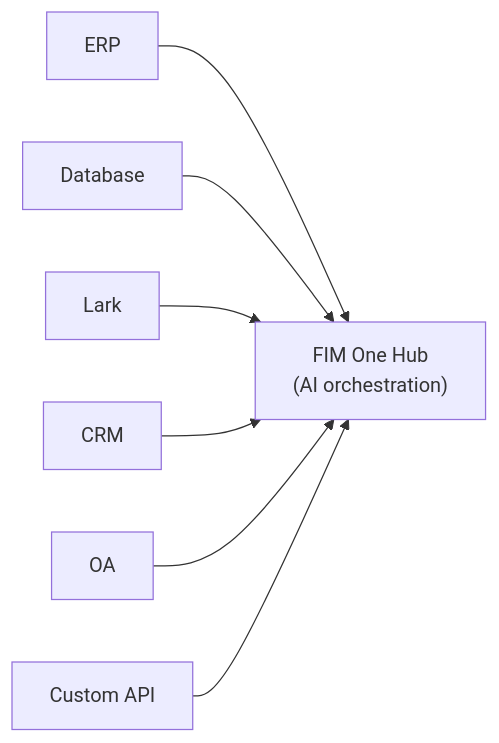
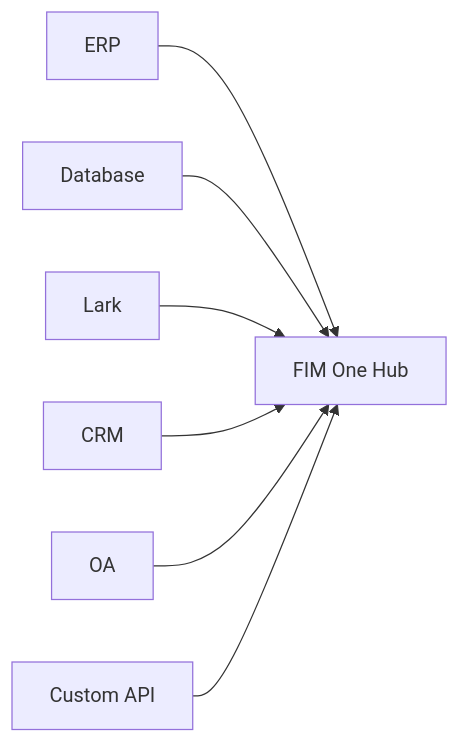
The first of 2 diagrams in README.md (fim-ai/fim-agent), drawn with Mermaid before and after one commit. The commit also changed other lines of this file and 15 other files, not shown here.

````diff
--- a/README.md
+++ b/README.md
@@ -53,9 +35,9 @@
 ```mermaid
 graph LR
-    ERP --> Hub["FIM One Hub<br/>(AI orchestration)"]
+    ERP --> Hub["FIM One Hub"]
     Database --> Hub
     Lark --> Hub
     CRM --> Hub
     OA --> Hub
     API[Custom API] --> Hub
 ```
````
